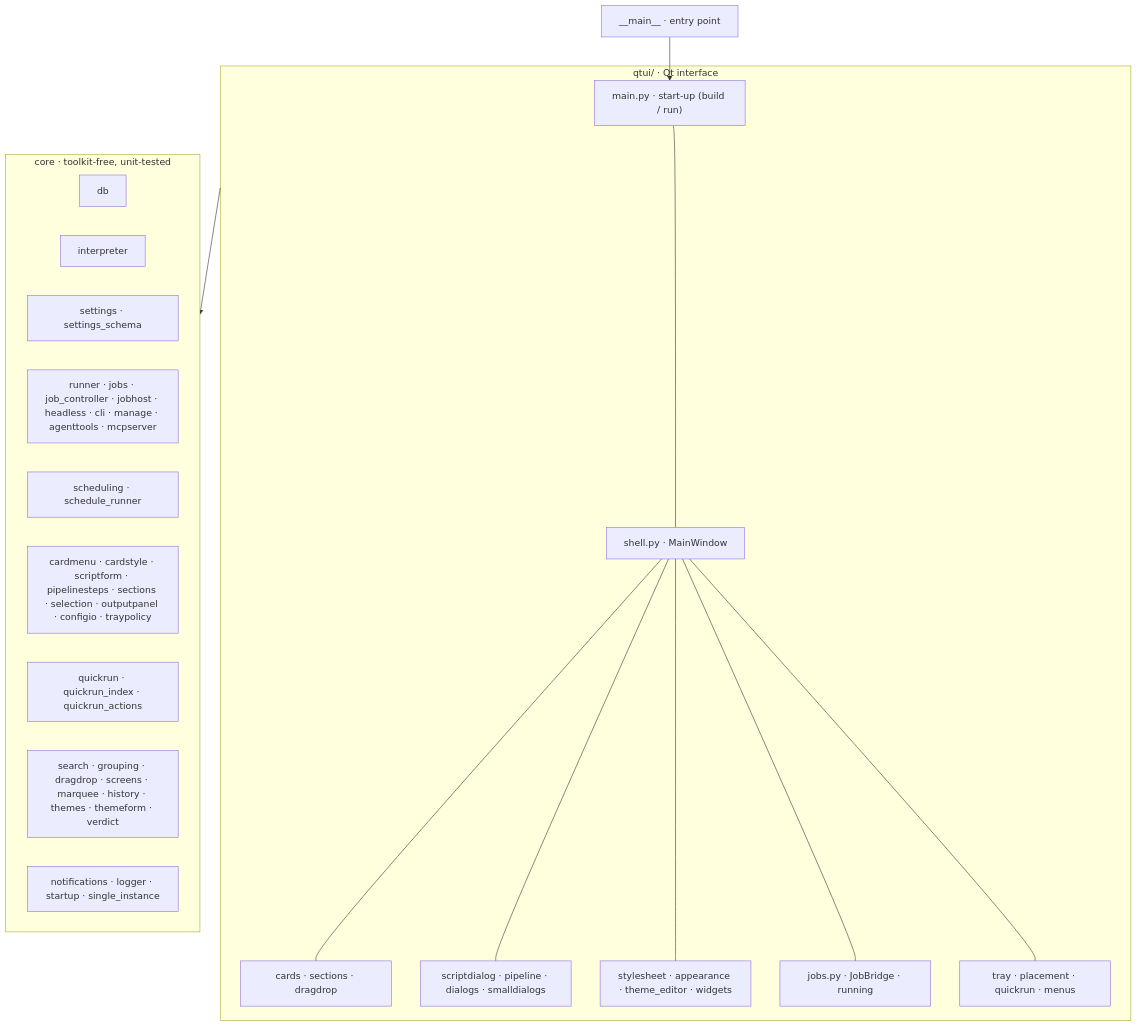
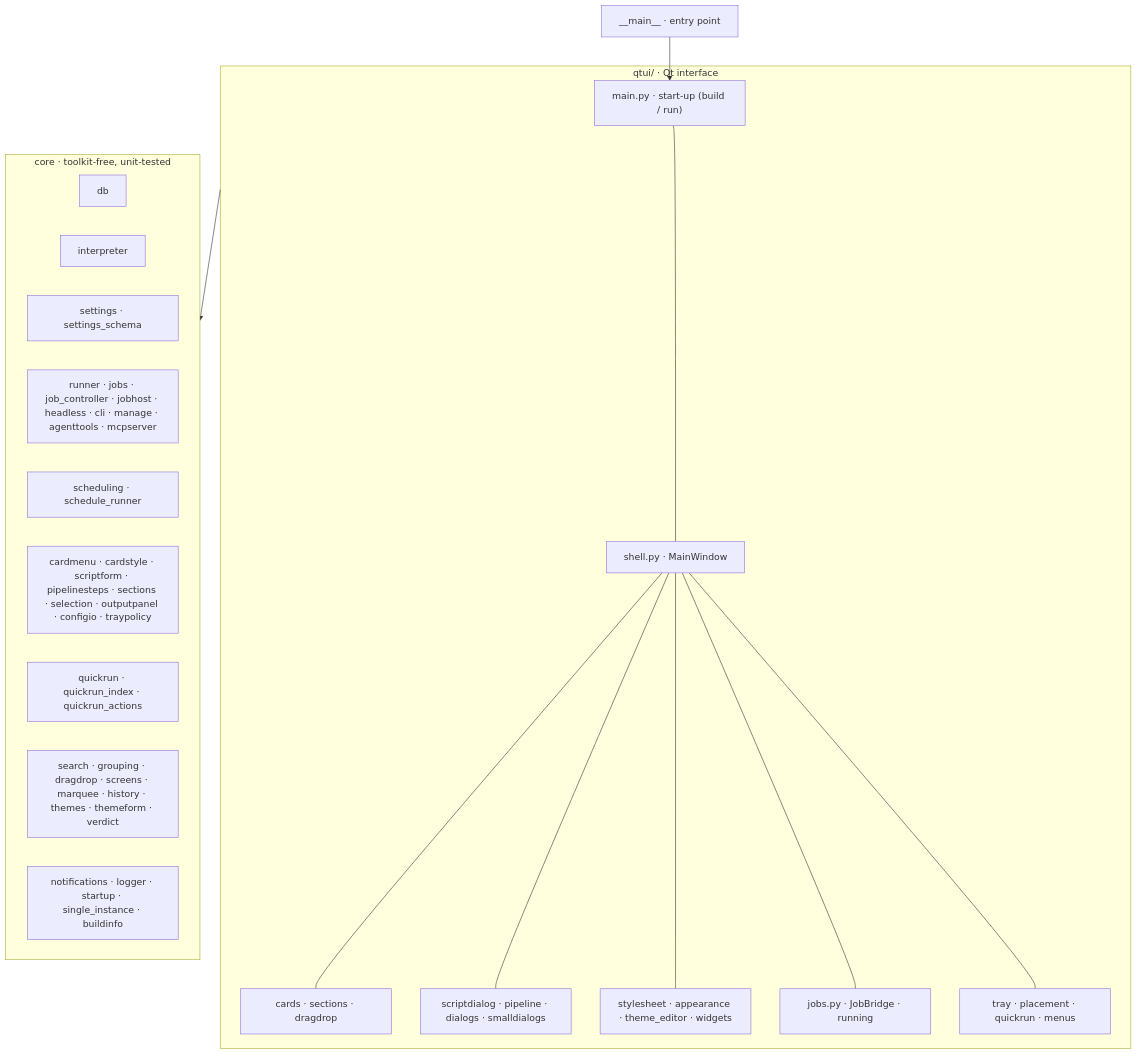
The diagram in docs/ARCHITECTURE.md (lqvu-zen/RYOS), drawn with Mermaid before and after one commit. The commit also changed other lines of this file and 12 other files, not shown here.

````diff
--- a/docs/ARCHITECTURE.md
+++ b/docs/ARCHITECTURE.md
@@ -8,34 +8,34 @@
 ```mermaid
 flowchart TD
     main["__main__ · entry point"] --> qtmain
 
     subgraph ui["qtui/ · Qt interface"]
         qtmain["main.py · start-up (build / run)"]
         shell["shell.py · MainWindow"]
         cards["cards · sections · dragdrop"]
         dialogs["scriptdialog · pipeline · dialogs · smalldialogs"]
         look["stylesheet · appearance · theme_editor · widgets"]
         bridge["jobs.py · JobBridge · running"]
         tray["tray · placement · quickrun · menus"]
         qtmain --- shell
         shell --- cards
         shell --- dialogs
         shell --- look
         shell --- bridge
         shell --- tray
     end
 
     subgraph core["core · toolkit-free, unit-tested"]
         db["db"]
         interpreter["interpreter"]
         settings["settings · settings_schema"]
         run["runner · jobs · job_controller · jobhost · headless · cli · manage · agenttools · mcpserver"]
         sched["scheduling · schedule_runner"]
         rules["cardmenu · cardstyle · scriptform · pipelinesteps · sections · selection · outputpanel · configio · traypolicy"]
         quickrun["quickrun · quickrun_index · quickrun_actions"]
         misc["search · grouping · dragdrop · screens · marquee · history · themes · themeform · verdict"]
-        infra["notifications · logger · startup · single_instance"]
+        infra["notifications · logger · startup · single_instance · buildinfo"]
     end
 
     ui --> core
 ```
````
